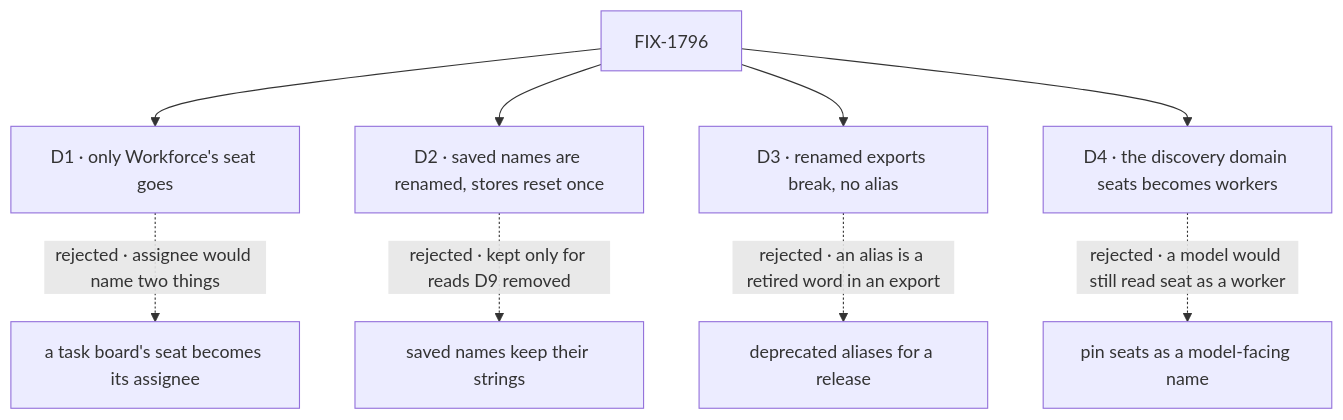
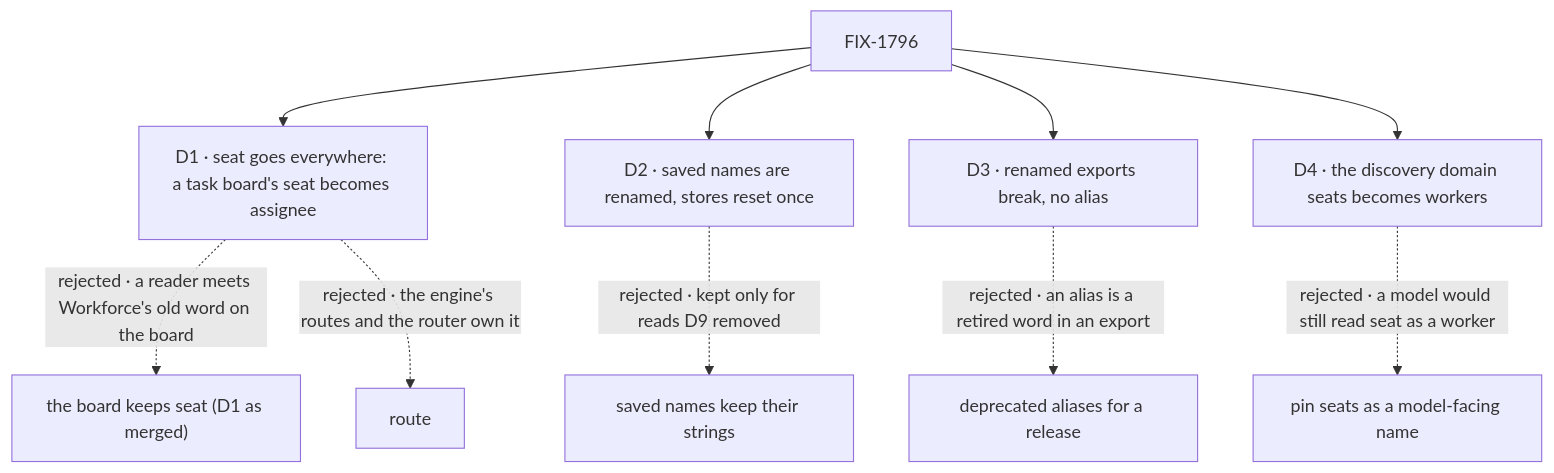
One commit to fixpoint-labs/flow-state-dev changed the diagram in specs/issues/FIX-1796/DECISIONS.md. Above: the diagram before and after it, drawn with Mermaid. The commit also changed other lines of this file and 17 other files, not shown here.

First line of the commit message:
spec(FIX-1786): a task board's seat becomes assignee (D7 amended)

````diff
--- a/specs/issues/FIX-1796/DECISIONS.md
+++ b/specs/issues/FIX-1796/DECISIONS.md
@@ -11,11 +12,12 @@
 ```mermaid
 flowchart TD
-  I["FIX-1796"] --> D1["D1 · only Workforce's seat goes"]
-  D1 -.->|"rejected · assignee would name two things"| X1["a task board's seat becomes its assignee"]
+  I["FIX-1796"] --> D1["D1 · seat goes everywhere: a task board's seat becomes assignee"]
+  D1 -.->|"rejected · a reader meets Workforce's old word on the board"| X1["the board keeps seat (D1 as merged)"]
+  D1 -.->|"rejected · the engine's routes and the router own it"| X1b["route"]
   I --> D2["D2 · saved names are renamed, stores reset once"]
   D2 -.->|"rejected · kept only for reads D9 removed"| X2["saved names keep their strings"]
   I --> D3["D3 · renamed exports break, no alias"]
   D3 -.->|"rejected · an alias is a retired word in an export"| X3["deprecated aliases for a release"]
   I --> D4["D4 · the discovery domain seats becomes workers"]
   D4 -.->|"rejected · a model would still read seat as a worker"| X4["pin seats as a model-facing name"]
 ```
````
